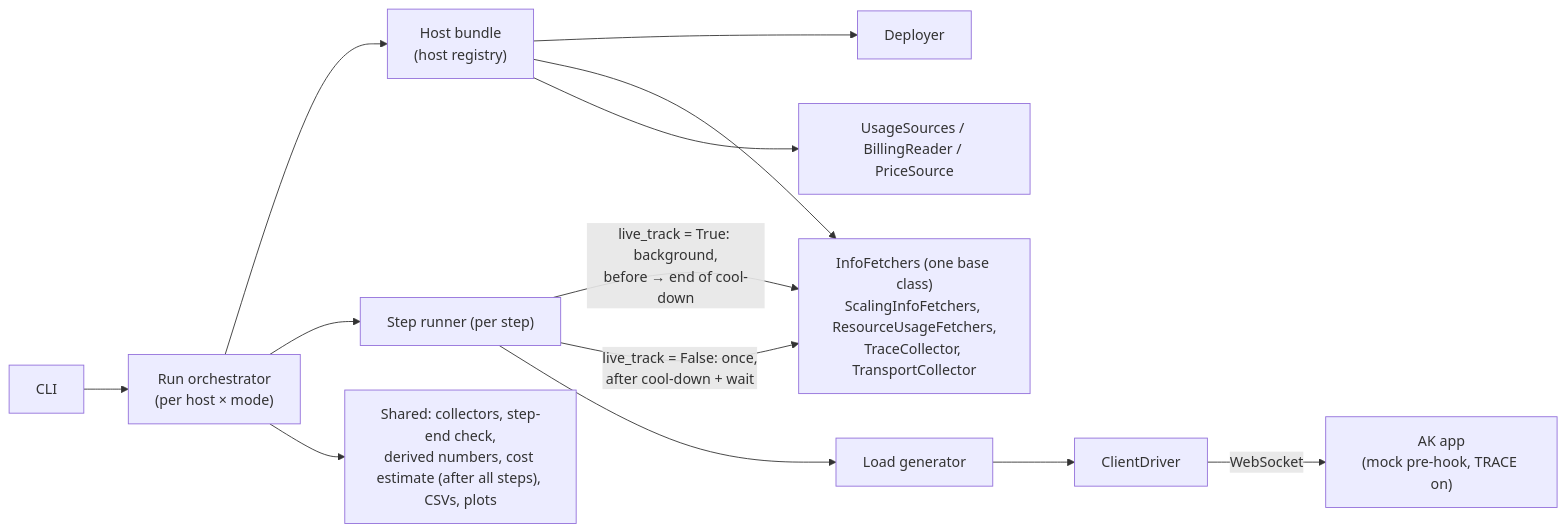
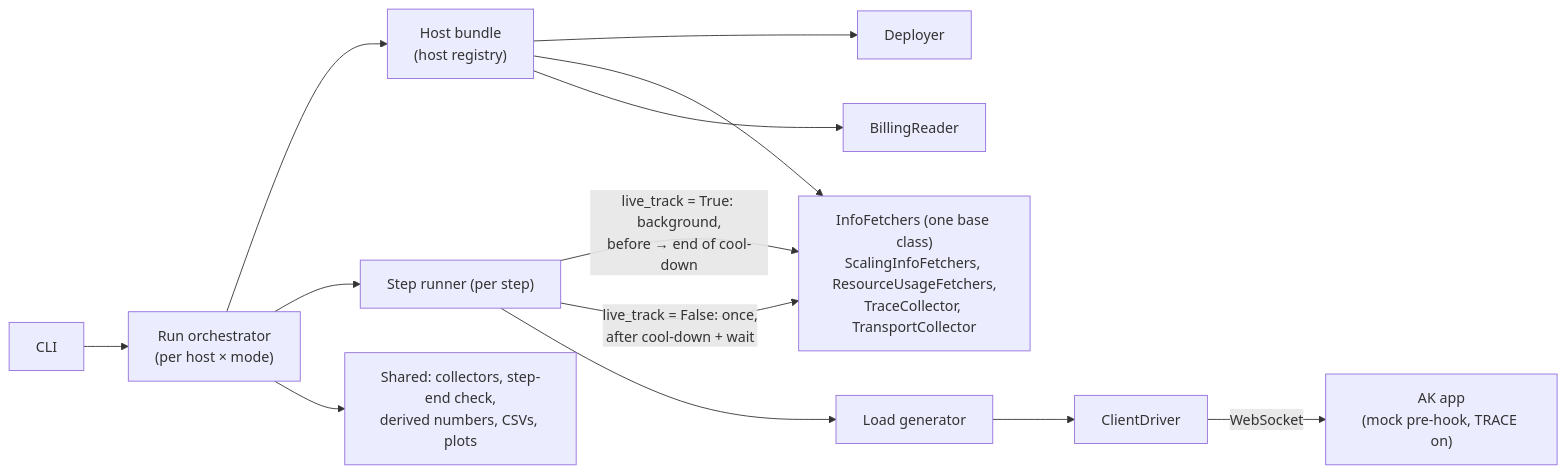
Before and after one commit to yaalalabs/agent-kernel: the first of 2 diagrams in docs/specs/786-benchmark-system/design.md, drawn with Mermaid. The commit also changed other lines of this file and 3 other files, not shown here.

````diff
--- a/docs/specs/786-benchmark-system/design.md
+++ b/docs/specs/786-benchmark-system/design.md
@@ -362,15 +338,15 @@
 ```mermaid
 graph LR
     CLI["CLI"] --> ORCH["Run orchestrator<br/>(per host × mode)"]
     ORCH --> HOST["Host bundle<br/>(host registry)"]
     HOST --> DEP["Deployer"]
     HOST --> IF["InfoFetchers (one base class)<br/>ScalingInfoFetchers, ResourceUsageFetchers,<br/>TraceCollector, TransportCollector"]
-    HOST --> COST["UsageSources / BillingReader / PriceSource"]
+    HOST --> COST["BillingReader"]
     ORCH --> SR["Step runner (per step)"]
     SR -->|"live_track = True: background,<br/>before → end of cool-down"| IF
     SR -->|"live_track = False: once,<br/>after cool-down + wait"| IF
     SR --> LG["Load generator"]
     LG --> DRV["ClientDriver"]
     DRV -->|WebSocket| AK["AK app<br/>(mock pre-hook, TRACE on)"]
-    ORCH --> SHARED["Shared: collectors, step-end check,<br/>derived numbers, cost estimate (after all steps), CSVs, plots"]
+    ORCH --> SHARED["Shared: collectors, step-end check,<br/>derived numbers, CSVs, plots"]
 ```
````
